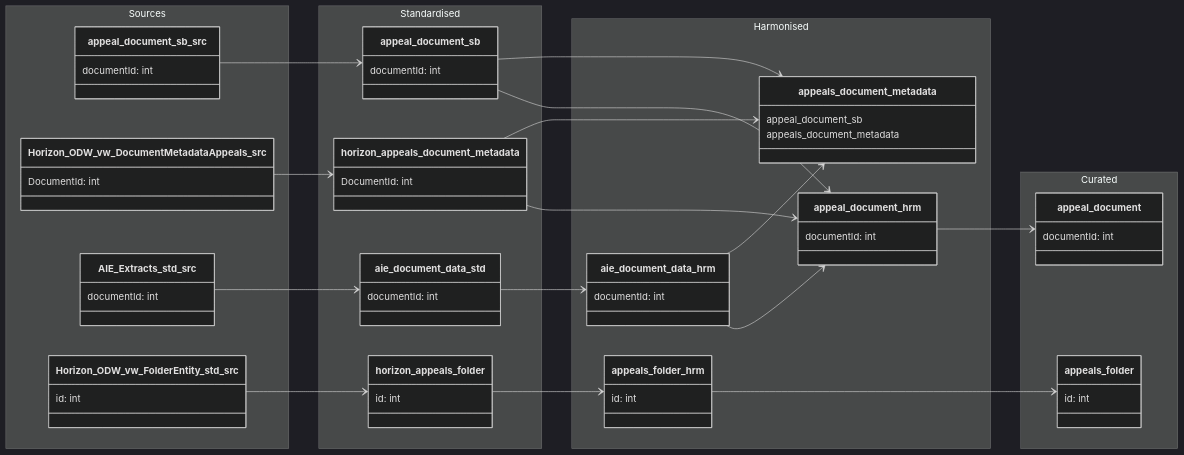
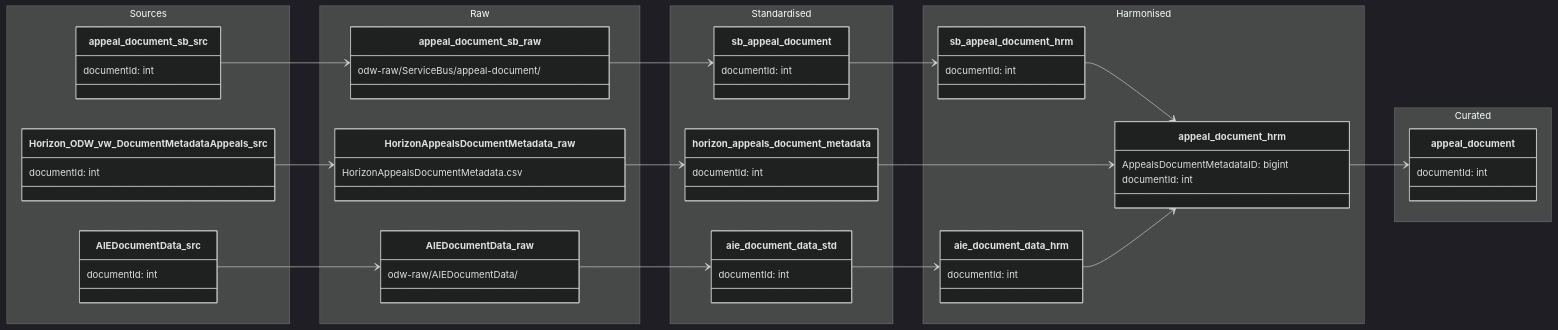
One commit to Planning-Inspectorate/odw-synapse-workspace changed the diagram in data-models/appeal-document.md. Above: the diagram before and after it, drawn with Mermaid (dark theme). The commit also changed other lines of this file, not shown here.

````diff
--- a/data-models/appeal-document.md
+++ b/data-models/appeal-document.md
@@ -7,5 +6,4 @@
 ```mermaid
-
 classDiagram
 
     direction LR
@@ -17,53 +15,57 @@
         }
 
         class Horizon_ODW_vw_DocumentMetadataAppeals_src {
-            DocumentId: int
-        }
-
-        class AIE_Extracts_std_src {
             documentId: int
         }
 
-        class Horizon_ODW_vw_FolderEntity_std_src {
-            id: int
+        class AIEDocumentData_src {
+            documentId: int
         }
     }
-    
+
+    namespace Raw {
+
+        class appeal_document_sb_raw {
+            odw-raw/ServiceBus/appeal-document/
+        }
+
+        class HorizonAppealsDocumentMetadata_raw {
+            HorizonAppealsDocumentMetadata.csv
+        }
+
+        class AIEDocumentData_raw {
+            odw-raw/AIEDocumentData/
+        }
+    }
+
     namespace Standardised {
 
-        class appeal_document_sb {
+        class sb_appeal_document {
             documentId: int
         }
 
         class horizon_appeals_document_metadata {
-            DocumentId: int
+            documentId: int
         }
 
         class aie_document_data_std {
             documentId: int
         }
-
-        class horizon_appeals_folder {
-            id: int
-        }
     }
 
     namespace Harmonised {
+
+        class sb_appeal_document_hrm {
+            documentId: int
+        }
 
         class aie_document_data_hrm {
             documentId: int
         }
 
-        class appeals_document_metadata {
-            appeal_document_sb
-            appeals_document_metadata
-        }
         class appeal_document_hrm {
+            AppealsDocumentMetadataID: bigint
             documentId: int
-        }
-
-        class appeals_folder_hrm {
-            id: int
         }
     }
 
@@ -72,28 +74,22 @@
         class appeal_document {
             documentId: int
         }
-
-        class appeals_folder {
-            id: int
-        }
     }
 
-`appeal_document_sb_src` --> `appeal_document_sb`
-`Horizon_ODW_vw_DocumentMetadataAppeals_src` --> `horizon_appeals_document_metadata`
-`AIE_Extracts_std_src` --> `aie_document_data_std`
-`appeal_document_sb` --> `appeals_document_metadata`
-`horizon_appeals_document_metadata` --> `appeals_document_metadata`
-`aie_document_data_std` --> `aie_document_data_hrm`
-`aie_document_data_hrm` --> `appeals_document_metadata`
-`appeal_document_sb` --> `appeal_document_hrm`
-`horizon_appeals_document_metadata` --> `appeal_document_hrm`
-`aie_document_data_hrm` --> `appeal_document_hrm`
+    appeal_document_sb_src --> appeal_document_sb_raw
+    appeal_document_sb_raw --> sb_appeal_document
+    sb_appeal_document --> sb_appeal_document_hrm
 
-`appeal_document_hrm` --> `appeal_document`
+    Horizon_ODW_vw_DocumentMetadataAppeals_src --> HorizonAppealsDocumentMetadata_raw
+    HorizonAppealsDocumentMetadata_raw --> horizon_appeals_document_metadata
 
-`Horizon_ODW_vw_FolderEntity_std_src` --> `horizon_appeals_folder`
-`horizon_appeals_folder` --> `appeals_folder_hrm`
-`appeals_folder_hrm` --> `appeals_folder`
+    AIEDocumentData_src --> AIEDocumentData_raw
+    AIEDocumentData_raw --> aie_document_data_std
+    aie_document_data_std --> aie_document_data_hrm
 
+    sb_appeal_document_hrm --> appeal_document_hrm
+    horizon_appeals_document_metadata --> appeal_document_hrm
+    aie_document_data_hrm --> appeal_document_hrm
 
+    appeal_document_hrm --> appeal_document
 ```
````
